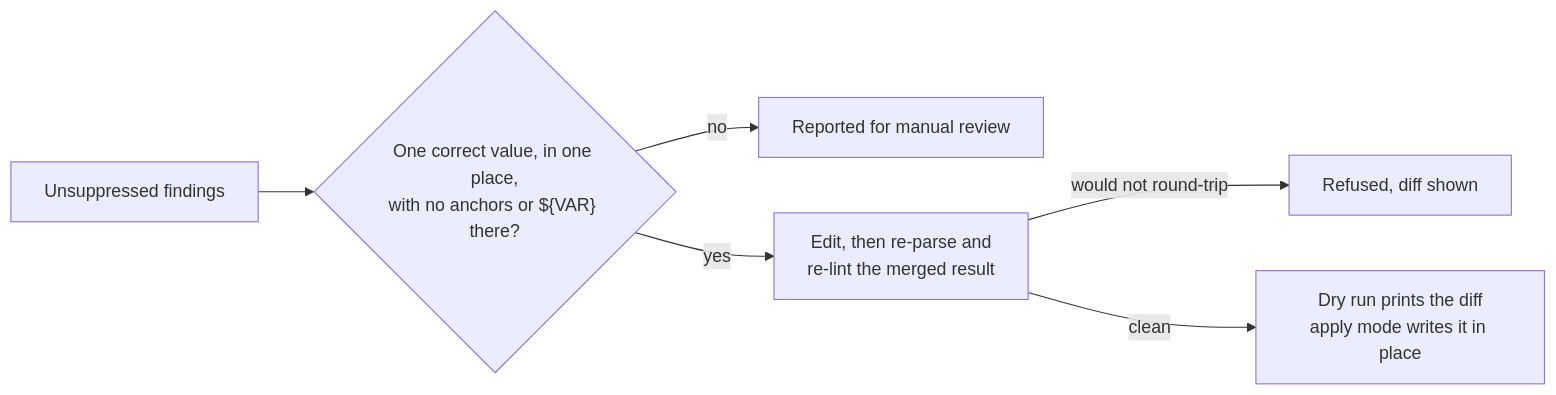
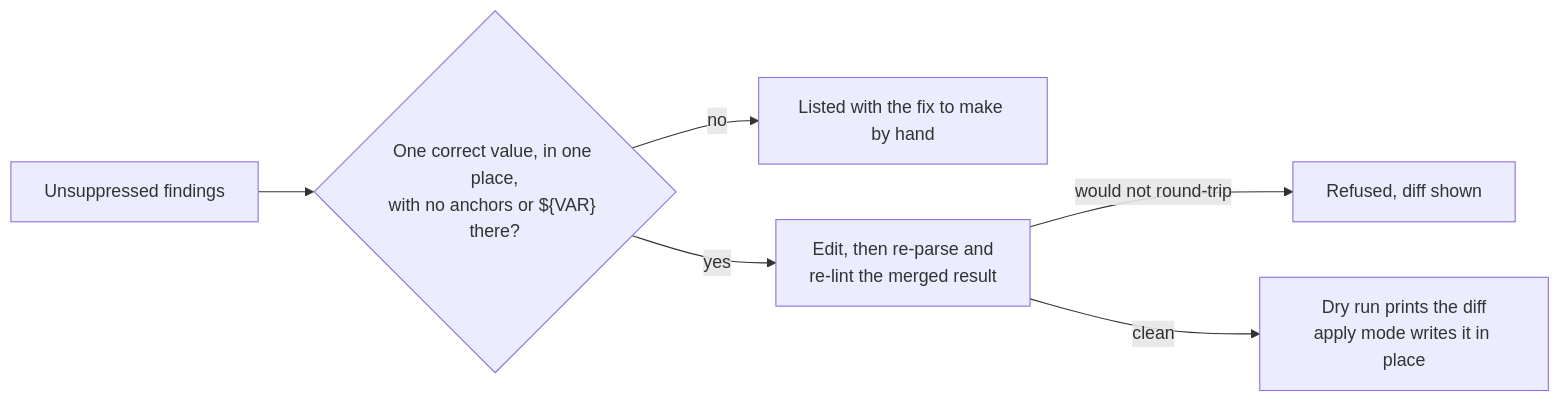
Before and after one commit to tmatens/compose-lint: the second of 2 diagrams in docs/how-it-works.md, drawn with Mermaid. The commit also changed 28 other files, not shown here.

````diff
--- a/docs/how-it-works.md
+++ b/docs/how-it-works.md
@@ -66,8 +66,8 @@
 ```mermaid
 flowchart LR
   findings["Unsuppressed findings"] --> q{"One correct value, in one place,<br/>with no anchors or ${VAR} there?"}
-  q -->|no| manual["Reported for manual review"]
+  q -->|no| manual["Listed with the fix to make by hand"]
   q -->|yes| edit["Edit, then re-parse and<br/>re-lint the merged result"]
   edit -->|would not round-trip| refused["Refused, diff shown"]
   edit -->|clean| out["Dry run prints the diff<br/>apply mode writes it in place"]
 ```
````
